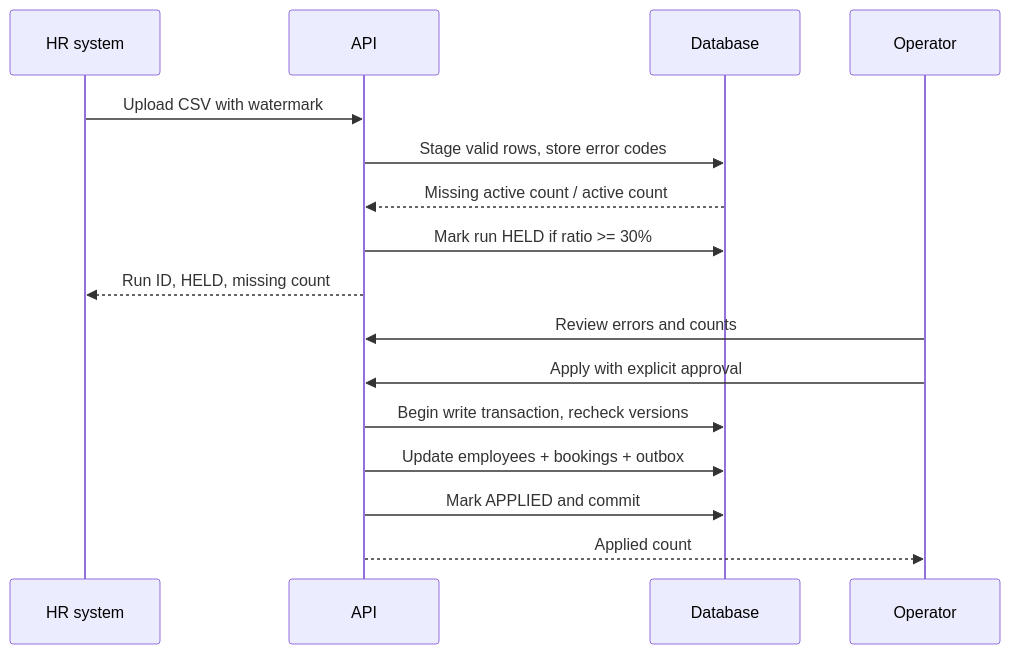
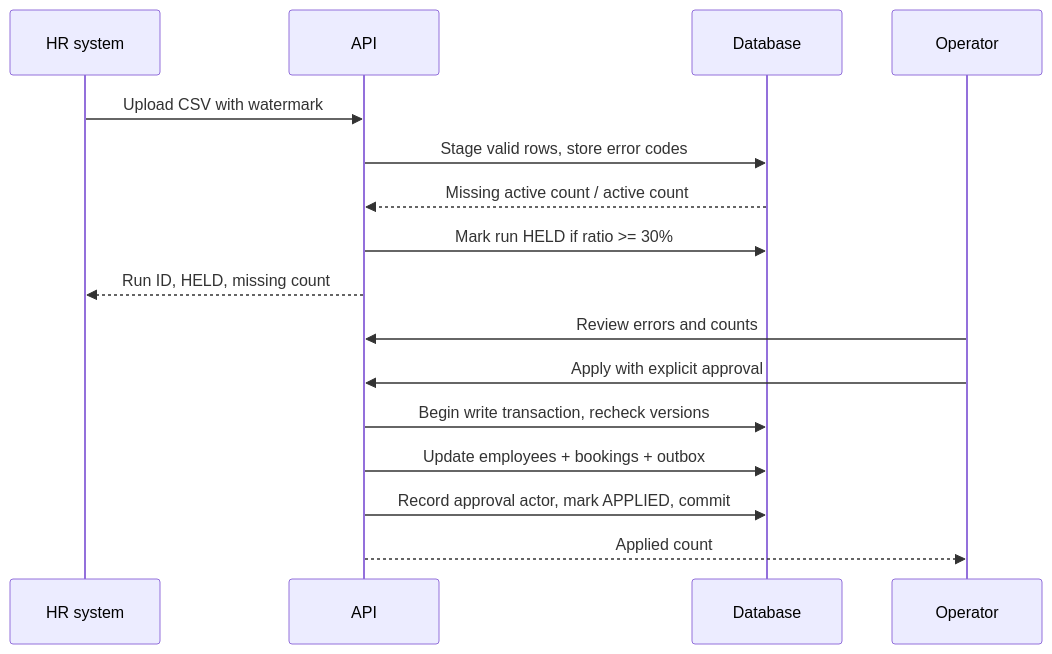
One commit to arnavnaik22/HR-Roster-Sync changed the second of 2 diagrams in DESIGN.md. Above: the diagram before and after it, drawn with Mermaid. The commit also changed other lines of this file and 8 other files, not shown here.

````diff
--- a/DESIGN.md
+++ b/DESIGN.md
@@ -27,18 +27,18 @@
 ```mermaid
 sequenceDiagram
   participant HR as HR system
   participant API as API
   participant DB as Database
   participant OP as Operator
   HR->>API: Upload CSV with watermark
   API->>DB: Stage valid rows, store error codes
   DB-->>API: Missing active count / active count
   API->>DB: Mark run HELD if ratio >= 30%
   API-->>HR: Run ID, HELD, missing count
   OP->>API: Review errors and counts
   OP->>API: Apply with explicit approval
   API->>DB: Begin write transaction, recheck versions
   API->>DB: Update employees + bookings + outbox
-  API->>DB: Mark APPLIED and commit
+  API->>DB: Record approval actor, mark APPLIED, commit
   API-->>OP: Applied count
 ```
````
